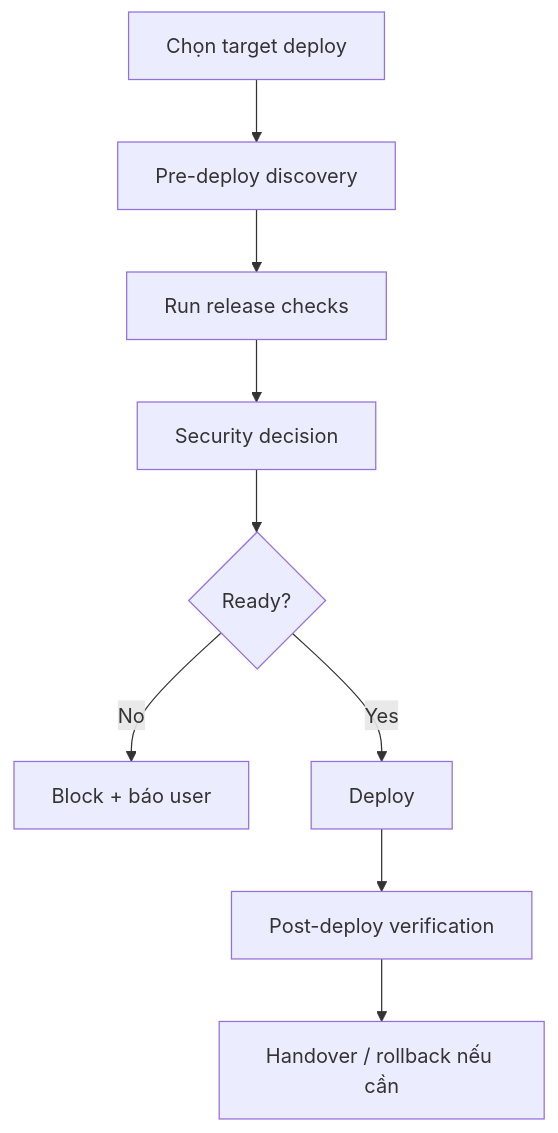
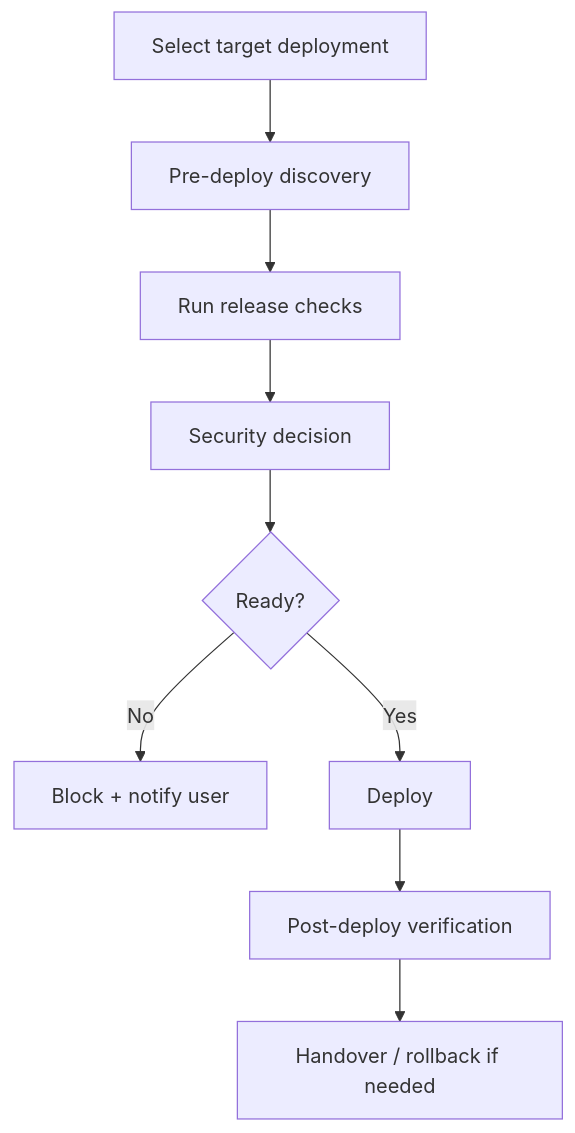
The diagram in packages/forge-core/workflows/execution/deploy.md (nguyenphat57/forge), drawn with Mermaid before and after one commit. The commit also changed other lines of this file and 82 other files, not shown here.

````diff
--- a/packages/forge-core/workflows/execution/deploy.md
+++ b/packages/forge-core/workflows/execution/deploy.md
@@ -33,11 +33,11 @@
 ```mermaid
 flowchart TD
-    A[Chọn target deploy] --> B[Pre-deploy discovery]
+    A[Select target deployment] --> B[Pre-deploy discovery]
     B --> C[Run release checks]
     C --> D[Security decision]
     D --> E{Ready?}
-    E -->|No| F[Block + báo user]
+    E -->|No| F[Block + notify user]
     E -->|Yes| G[Deploy]
     G --> H[Post-deploy verification]
-    H --> I[Handover / rollback nếu cần]
+    H --> I[Handover / rollback if needed]
 ```
````
